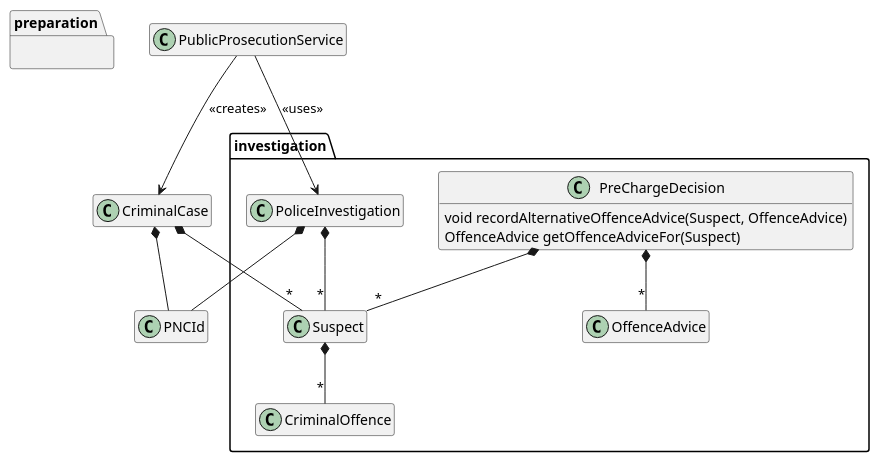
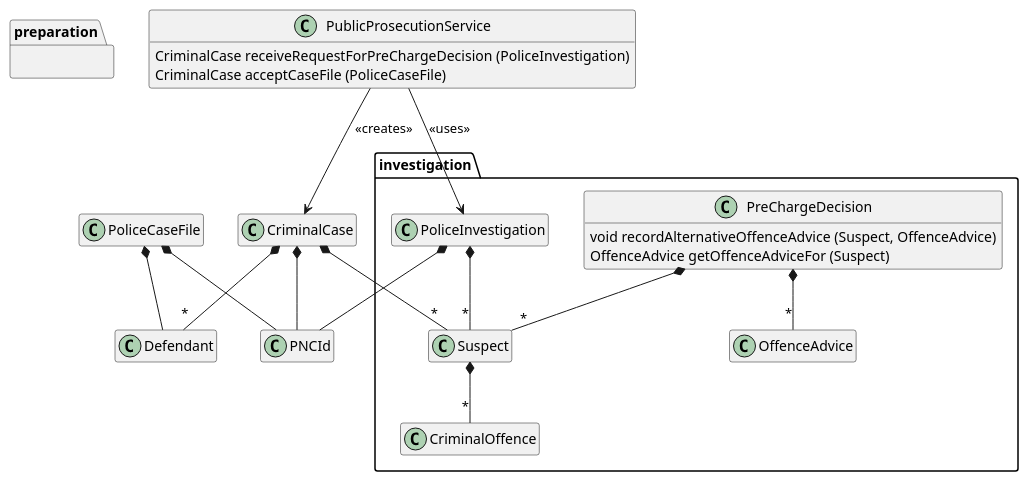
Before and after one commit to First-Steps-in-DDD-Community/first-steps-in-ddd-solutions: the diagram in docs/Domain-Model.puml, drawn with PlantUML.

Commit message:
Exercise 4 - DOCS - Update the diagram to show new Defendant and PoliceCaseFile classes plus relationships, as well as methods for PublicProsecutionService and fixing CriminalCase to point to defendant.

```diff
--- a/docs/Domain-Model.puml
+++ b/docs/Domain-Model.puml
@@ -1,55 +1,69 @@
 @startuml
 hide empty members
 hide empty methods
 
 package investigation {
 
     class CriminalOffence {
     }
 
     class OffenceAdvice {
     }
 
     class PoliceInvestigation {
     }
 
     class PreChargeDecision {
-        void recordAlternativeOffenceAdvice(Suspect, OffenceAdvice)
-        OffenceAdvice getOffenceAdviceFor(Suspect)
+        void recordAlternativeOffenceAdvice (Suspect, OffenceAdvice)
+        OffenceAdvice getOffenceAdviceFor (Suspect)
     }
 
     class Suspect    {
     }
 
 }
 
 package preparation{
 }
 
 class CriminalCase {
 }
 
+class Defendant {
+}
+
 class PNCId {
 }
 
+class PoliceCaseFile {
+}
+
 class PublicProsecutionService {
+    CriminalCase receiveRequestForPreChargeDecision (PoliceInvestigation)
+    CriminalCase acceptCaseFile (PoliceCaseFile)
 }
 
 Suspect *-- "*" CriminalOffence
+
+PoliceCaseFile *-- PNCId
+
+PoliceCaseFile *-- Defendant
 
 PoliceInvestigation *-- "*" Suspect
 
 PoliceInvestigation *-- PNCId
 
 PreChargeDecision *-- "*" Suspect
 
 PreChargeDecision *-- "*" OffenceAdvice
 
 CriminalCase *-- PNCId
 
 CriminalCase *-- "*" Suspect
 
+CriminalCase *-- "*" Defendant
+
 PublicProsecutionService --> CriminalCase : <<creates>>
 
 PublicProsecutionService --> PoliceInvestigation : <<uses>>
 @enduml
```
